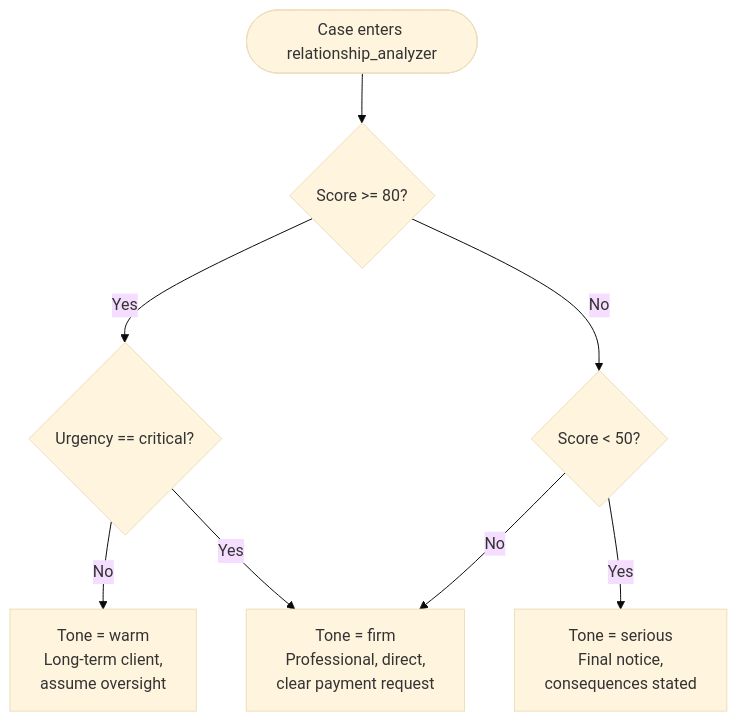
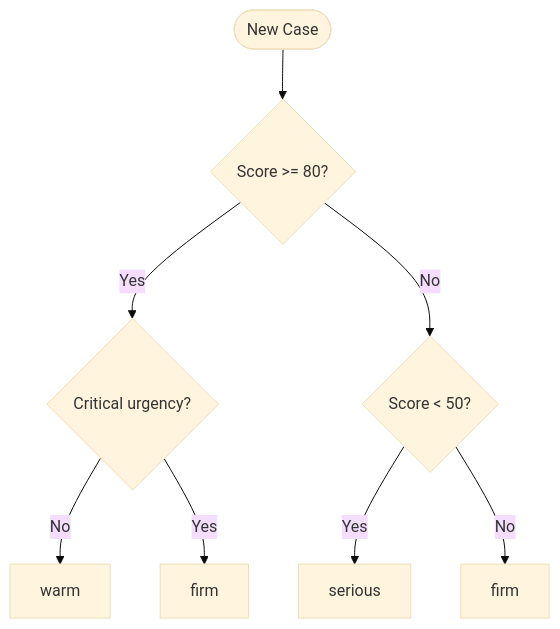
The third of 5 diagrams in README.md (sivasundharam/cashguard), drawn with Mermaid (base theme) before and after one commit. The commit also changed other lines of this file, not shown here.

Commit message:
docs: simplify Mermaid diagrams with short labels to fix text clipping

````diff
--- a/README.md
+++ b/README.md
@@ -106,18 +91,10 @@
 ```mermaid
 flowchart TD
-    START(["Case enters relationship_analyzer"])
-    Q1{"Score >= 80?"}
-    Q2{"Urgency == critical?"}
-    Q3{"Score < 50?"}
-    WARM["Tone = warm<br/>Long-term client,<br/>assume oversight"]
-    FIRM["Tone = firm<br/>Professional, direct,<br/>clear payment request"]
-    SERIOUS["Tone = serious<br/>Final notice,<br/>consequences stated"]
-
-    START --> Q1
-    Q1 -->|Yes| Q2
-    Q2 -->|No| WARM
-    Q2 -->|Yes| FIRM
-    Q1 -->|No| Q3
-    Q3 -->|Yes| SERIOUS
-    Q3 -->|No| FIRM
+    START(["New Case"]) --> Q1{"Score >= 80?"}
+    Q1 -->|Yes| Q2{"Critical urgency?"}
+    Q1 -->|No| Q3{"Score < 50?"}
+    Q2 -->|No| WARM["warm"]
+    Q2 -->|Yes| FIRM["firm"]
+    Q3 -->|Yes| SERIOUS["serious"]
+    Q3 -->|No| FIRM2["firm"]
 ```
````
